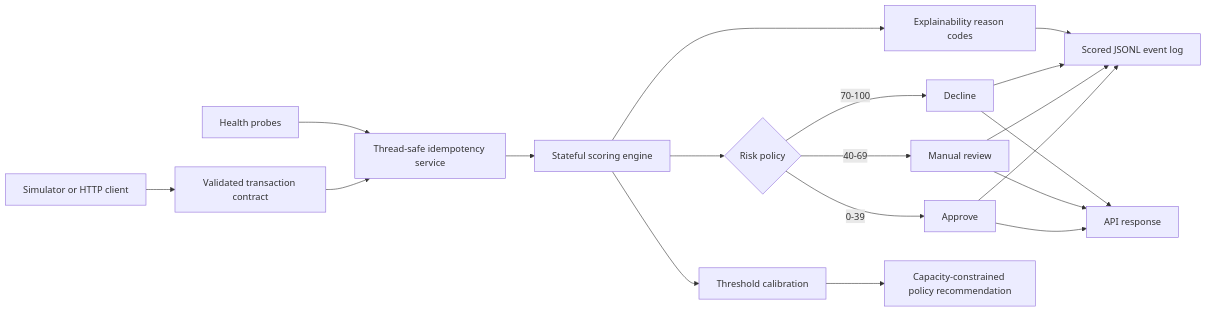
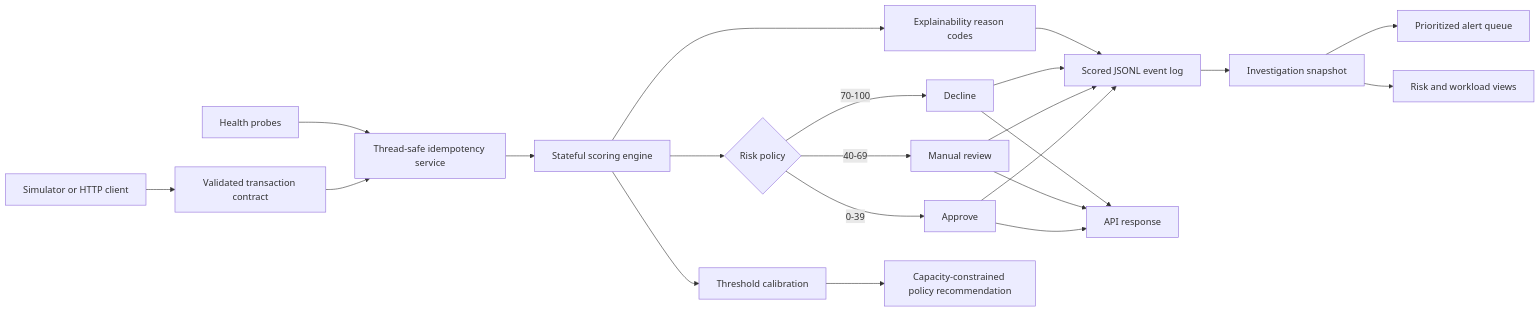
Before and after one commit to Siri20052003/FraudStream-360: the diagram in docs/architecture.md, drawn with Mermaid. The commit also changed other lines of this file and 8 other files, not shown here.

````diff
--- a/docs/architecture.md
+++ b/docs/architecture.md
@@ -3,16 +3,19 @@
 ```mermaid
 flowchart LR
     A[Simulator or HTTP client] --> B[Validated transaction contract]
     B --> L[Thread-safe idempotency service]
     L --> C[Stateful scoring engine]
     C --> D{Risk policy}
     D -->|0-39| E[Approve]
     D -->|40-69| F[Manual review]
     D -->|70-100| G[Decline]
     C --> H[Explainability reason codes]
     E & F & G & H --> I[Scored JSONL event log]
     C --> J[Threshold calibration]
     J --> K[Capacity-constrained policy recommendation]
     E & F & G --> M[API response]
     N[Health probes] --> L
+    I --> O[Investigation snapshot]
+    O --> P[Prioritized alert queue]
+    O --> Q[Risk and workload views]
 ```
````
